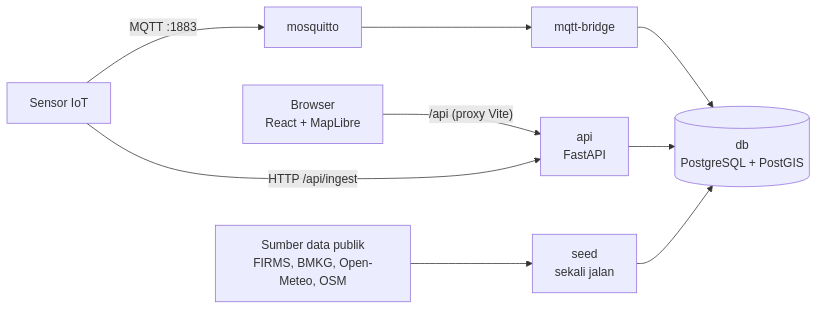
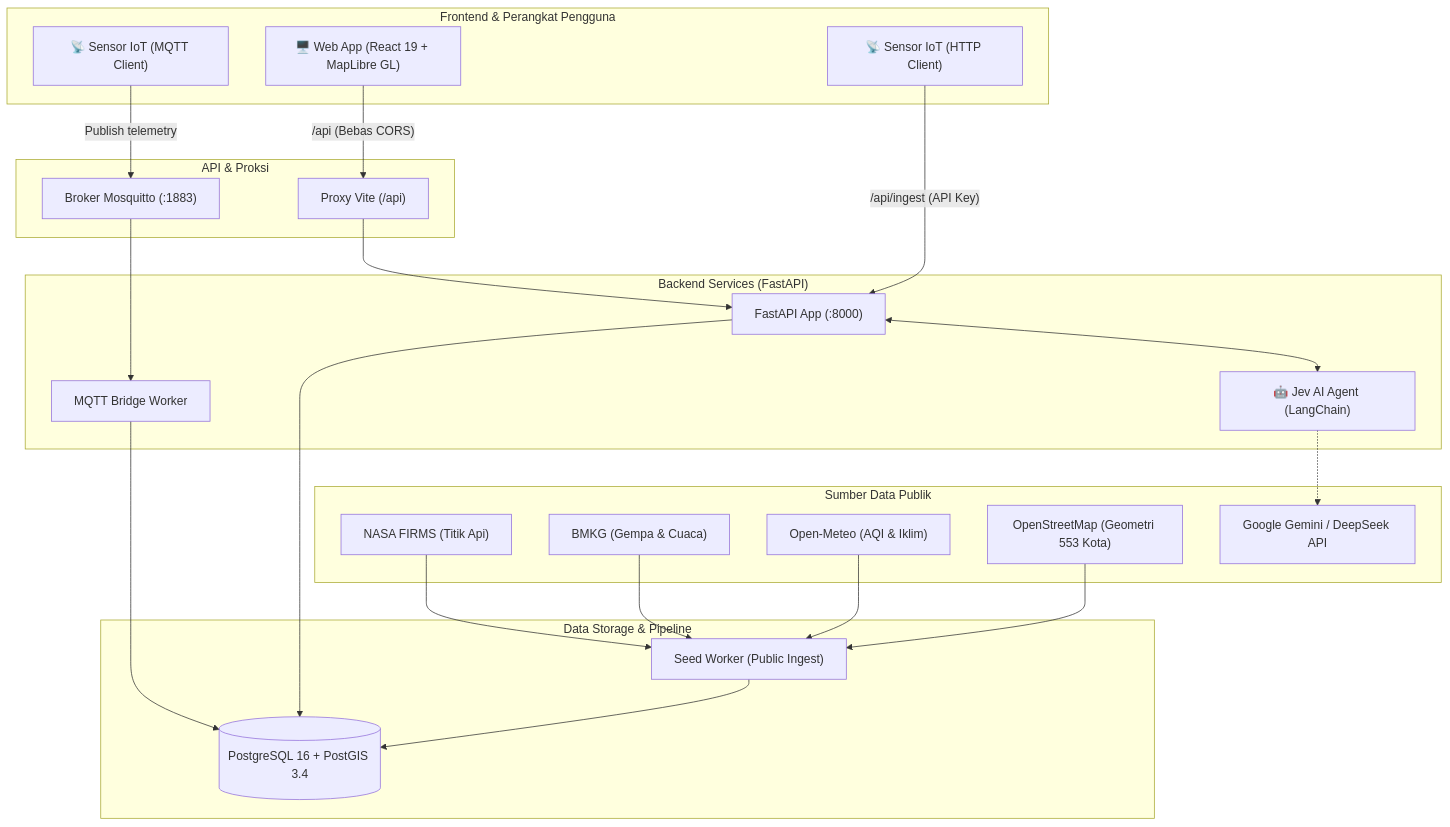
The first of 2 diagrams in README.md (ex-machina-org/arkamap), drawn with Mermaid before and after one commit. The commit also changed other lines of this file and 1 other file, not shown here.

Commit message:
docs: enhance README with hero banner, badges, architecture, and feature cards

````diff
--- a/README.md
+++ b/README.md
@@ -17,11 +98,50 @@
 ```mermaid
-flowchart LR
-  Browser["Browser<br/>React + MapLibre"] -->|"/api (proxy Vite)"| API["api<br/>FastAPI"]
-  Sensor["Sensor IoT"] -->|"HTTP /api/ingest"| API
-  Sensor -->|"MQTT :1883"| Broker["mosquitto"]
-  Broker --> Bridge["mqtt-bridge"]
-  Bridge --> DB[("db<br/>PostgreSQL + PostGIS")]
-  API --> DB
-  Seed["seed<br/>sekali jalan"] --> DB
-  Sources["Sumber data publik<br/>FIRMS, BMKG, Open-Meteo, OSM"] --> Seed
+flowchart TD
+    subgraph Klien ["Frontend & Perangkat Pengguna"]
+        UI["🖥️ Web App (React 19 + MapLibre GL)"]
+        SensorHTTP["📡 Sensor IoT (HTTP Client)"]
+        SensorMQTT["📡 Sensor IoT (MQTT Client)"]
+    end
+
+    subgraph Gerbang ["API & Proksi"]
+        Proxy["Proxy Vite (/api)"]
+        Broker["Broker Mosquitto (:1883)"]
+    end
+
+    subgraph Inti ["Backend Services (FastAPI)"]
+        API["FastAPI App (:8000)"]
+        Bridge["MQTT Bridge Worker"]
+        JevEngine["🤖 Jev AI Agent (LangChain)"]
+    end
+
+    subgraph Data ["Data Storage & Pipeline"]
+        DB[("PostgreSQL 16 + PostGIS 3.4")]
+        SeedWorker["Seed Worker (Public Ingest)"]
+    end
+
+    subgraph Eksternal ["Sumber Data Publik"]
+        FIRMS["NASA FIRMS (Titik Api)"]
+        BMKG["BMKG (Gempa & Cuaca)"]
+        OpenMeteo["Open-Meteo (AQI & Iklim)"]
+        OSM["OpenStreetMap (Geometri 553 Kota)"]
+        LLMs["Google Gemini / DeepSeek API"]
+    end
+
+    %% Koneksi
+    UI -->|"/api (Bebas CORS)"| Proxy
+    Proxy --> API
+    SensorHTTP -->|"/api/ingest (API Key)"| API
+    SensorMQTT -->|"Publish telemetry"| Broker
+    Broker --> Bridge
+    Bridge --> DB
+
+    API --> DB
+    API <--> JevEngine
+    JevEngine -.-> LLMs
+
+    SeedWorker --> DB
+    FIRMS --> SeedWorker
+    BMKG --> SeedWorker
+    OpenMeteo --> SeedWorker
+    OSM --> SeedWorker
 ```
````
